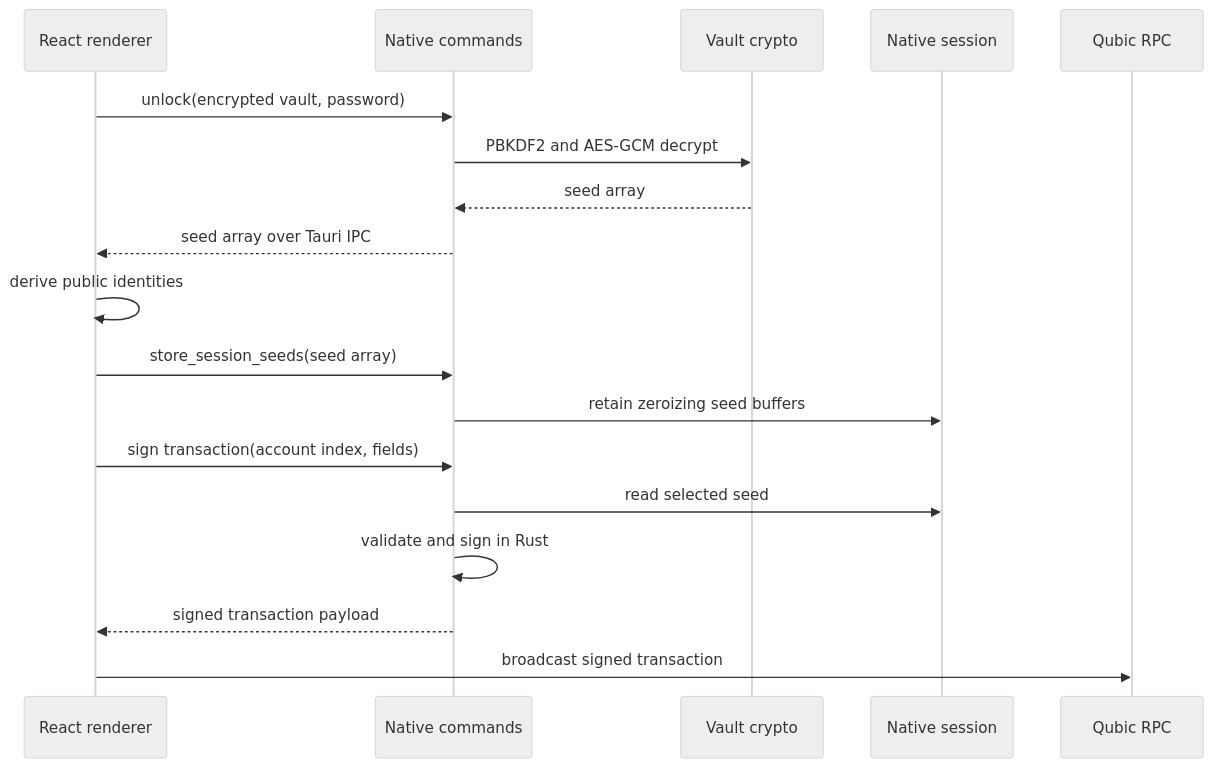
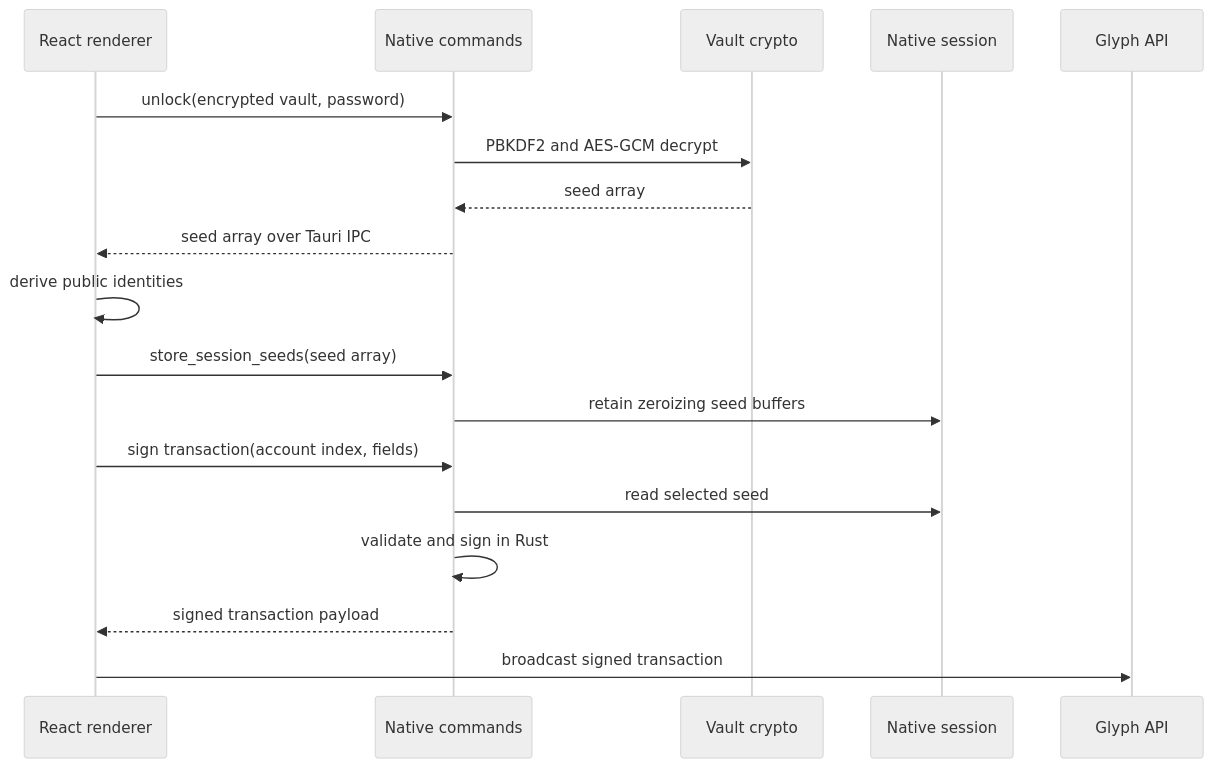
The second of 2 diagrams in docs/ARCHITECTURE.md (glyphq/wallet), drawn with Mermaid (neutral theme) before and after one commit. The commit also changed other lines of this file and 10 other files, not shown here.

First line of the commit message:
docs(api): document Glyph API migration and CSP origin

````diff
--- a/docs/ARCHITECTURE.md
+++ b/docs/ARCHITECTURE.md
@@ -267,21 +267,21 @@
 ```mermaid
 sequenceDiagram
     participant UI as React renderer
     participant Cmd as Native commands
     participant Vault as Vault crypto
     participant Session as Native session
-    participant RPC as Qubic RPC
+    participant API as Glyph API
 
     UI->>Cmd: unlock(encrypted vault, password)
     Cmd->>Vault: PBKDF2 and AES-GCM decrypt
     Vault-->>Cmd: seed array
     Cmd-->>UI: seed array over Tauri IPC
     UI->>UI: derive public identities
     UI->>Cmd: store_session_seeds(seed array)
     Cmd->>Session: retain zeroizing seed buffers
     UI->>Cmd: sign transaction(account index, fields)
     Cmd->>Session: read selected seed
     Cmd->>Cmd: validate and sign in Rust
     Cmd-->>UI: signed transaction payload
-    UI->>RPC: broadcast signed transaction
+    UI->>API: broadcast signed transaction
 ```
````
